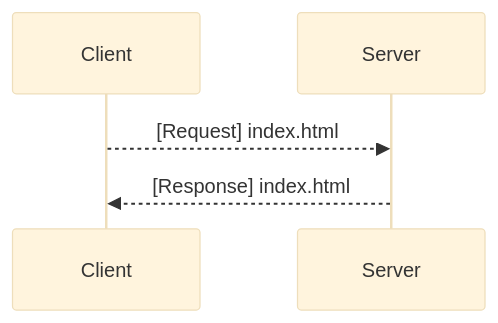
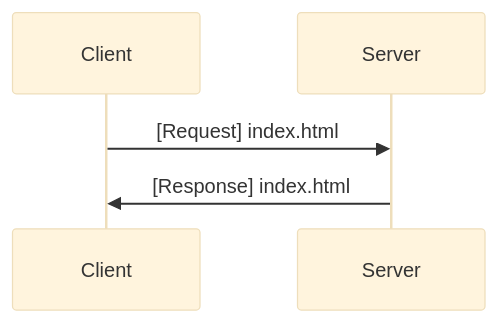
The diagram in README.md (JeongJongSub/GitGithub), drawn with Mermaid (base theme) before and after one commit.

````diff
--- a/README.md
+++ b/README.md
@@ -7,8 +7,8 @@
 ```mermaid
 sequenceDiagram
-Client -->> Server : [Request] index.html
-Server -->> Client : [Response] index.html
+Client ->> Server : [Request] index.html
+Server ->> Client : [Response] index.html
 
 
 
 ```
````
